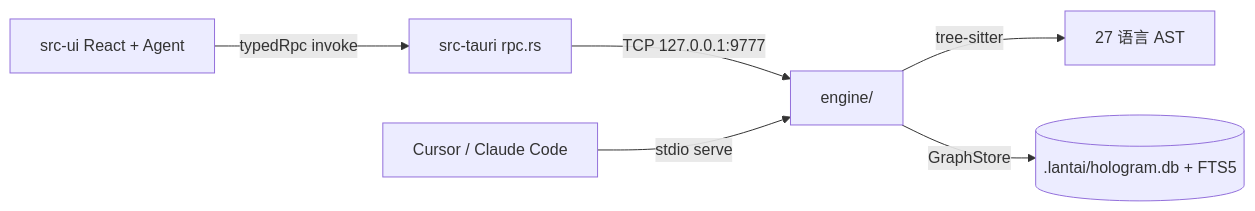
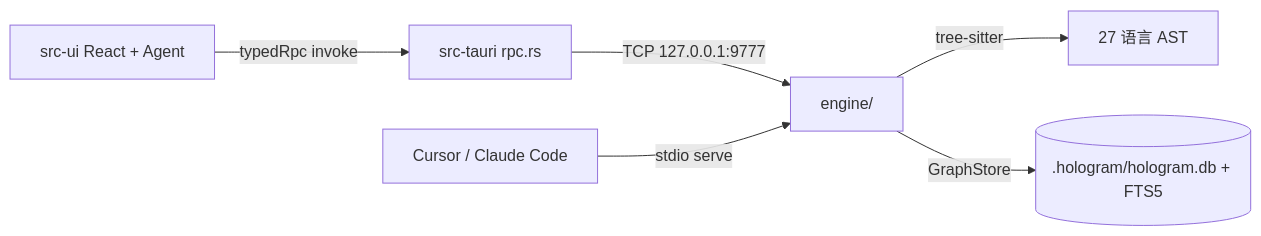
Before and after one commit to 834063245-creator/LantaiAgent: the diagram in AGENTS.md, drawn with Mermaid. The commit also changed other lines of this file and 29 other files, not shown here.

````diff
--- a/AGENTS.md
+++ b/AGENTS.md
@@ -115,8 +115,8 @@
 ```mermaid
 flowchart LR
   UI[src-ui React + Agent] -->|typedRpc invoke| Tauri[src-tauri rpc.rs]
   Tauri -->|TCP 127.0.0.1:9777| Engine[engine/]
   Engine -->|tree-sitter| AST[27 语言 AST]
-  Engine -->|GraphStore| DB[(.lantai/hologram.db + FTS5)]
+  Engine -->|GraphStore| DB[(.hologram/hologram.db + FTS5)]
   MCP[Cursor / Claude Code] -->|stdio serve| Engine
 ```
````
